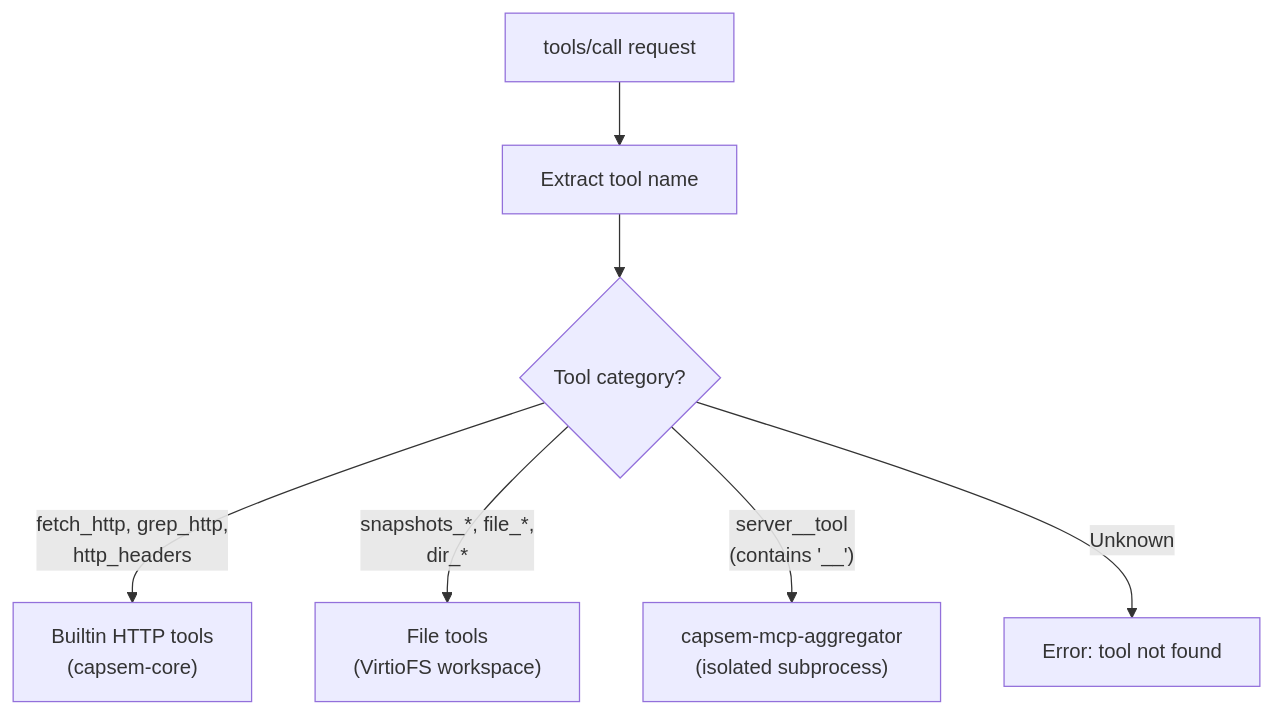
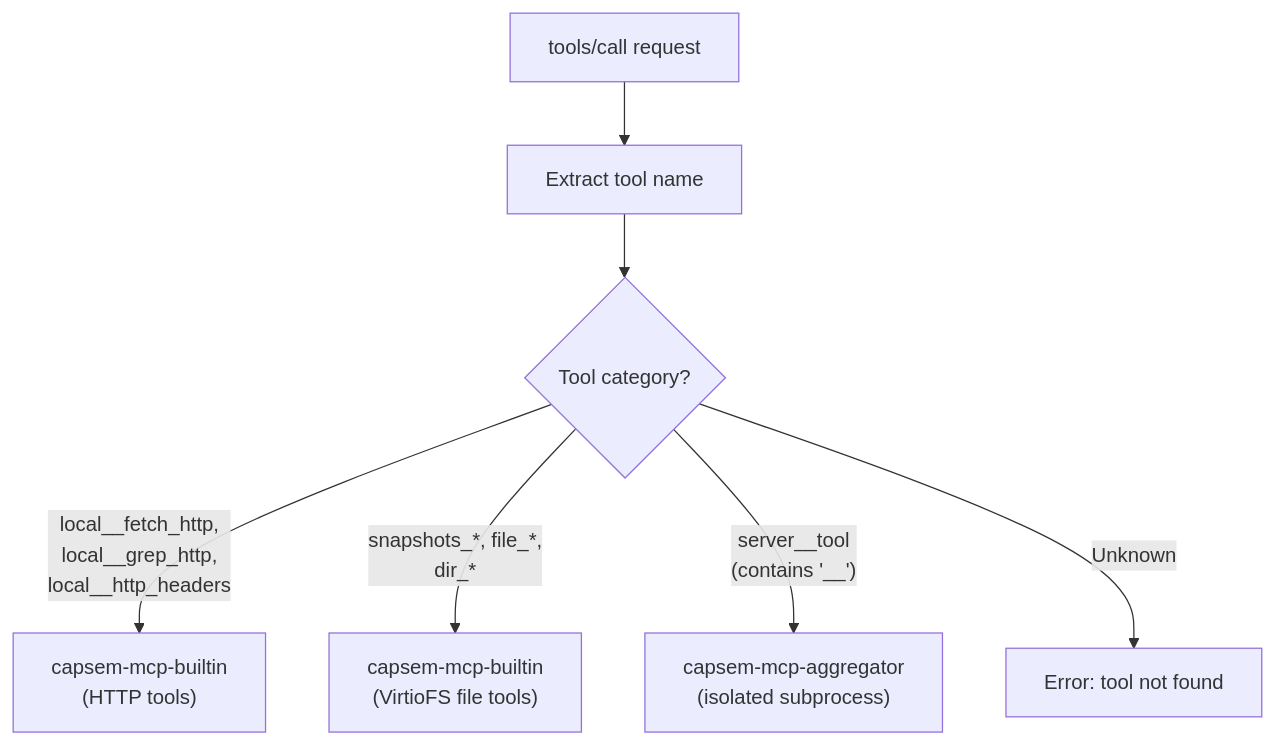
The fourth of 4 diagrams in docs/src/content/docs/architecture/mcp-gateway.md (google/capsem), drawn with Mermaid before and after one commit. The commit also changed other lines of this file and 552 other files, not shown here.

````diff
--- a/docs/src/content/docs/architecture/mcp-gateway.md
+++ b/docs/src/content/docs/architecture/mcp-gateway.md
@@ -129,9 +137,9 @@
 ```mermaid
 graph TD
     REQ["tools/call request"] --> PARSE["Extract tool name"]
     PARSE --> CHECK{"Tool category?"}
-    CHECK -->|"fetch_http, grep_http,<br/>http_headers"| BUILTIN["Builtin HTTP tools<br/>(capsem-core)"]
-    CHECK -->|"snapshots_*, file_*,<br/>dir_*"| FILE["File tools<br/>(VirtioFS workspace)"]
+    CHECK -->|"local__fetch_http,<br/>local__grep_http,<br/>local__http_headers"| BUILTIN["capsem-mcp-builtin<br/>(HTTP tools)"]
+    CHECK -->|"snapshots_*, file_*,<br/>dir_*"| FILE["capsem-mcp-builtin<br/>(VirtioFS file tools)"]
     CHECK -->|"server__tool<br/>(contains '__')"| EXT["capsem-mcp-aggregator<br/>(isolated subprocess)"]
     CHECK -->|"Unknown"| ERR["Error: tool not found"]
 ```
````
